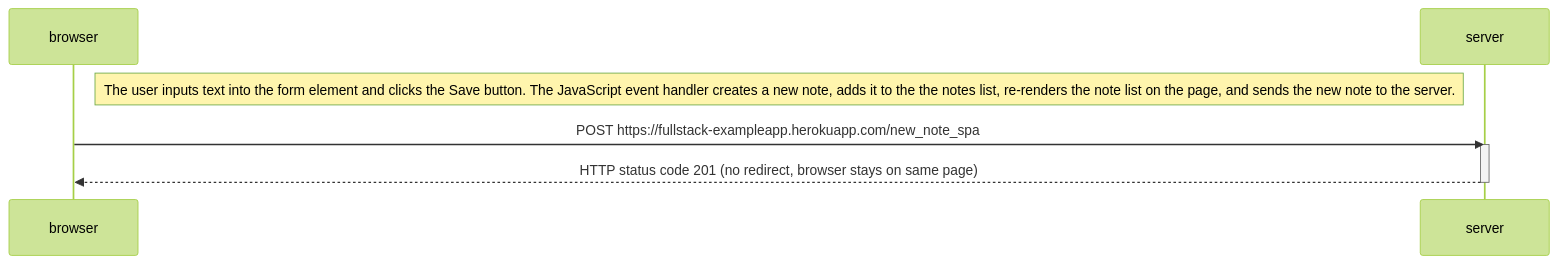
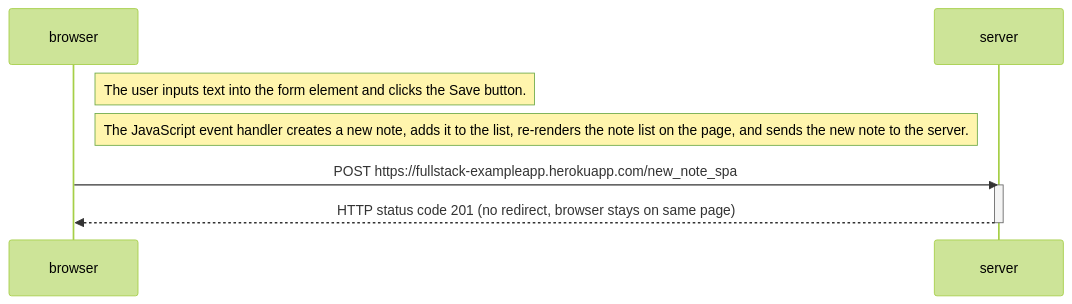
The diagram in part0/0.6.md (colbyramsay/fullstack-open), drawn with Mermaid (forest theme) before and after one commit.

Commit message:
Update notes for ex.0.6

````diff
--- a/part0/0.6.md
+++ b/part0/0.6.md
@@ -1,12 +1,13 @@
 ```mermaid
 sequenceDiagram
     participant browser
     participant server
 
-    Note right of browser: The user inputs text into the form element and clicks the Save button. The JavaScript event handler creates a new note, adds it to the the notes list, re-renders the note list on the page, and sends the new note to the server.
+    Note right of browser: The user inputs text into the form element and clicks the Save button.
+    Note right of browser: The JavaScript event handler creates a new note, adds it to the list, re-renders the note list on the page, and sends the new note to the server.
 
     browser->>server: POST https://fullstack-exampleapp.herokuapp.com/new_note_spa
     activate server
     server-->>browser: HTTP status code 201 (no redirect, browser stays on same page)
     deactivate server
 ```
````
